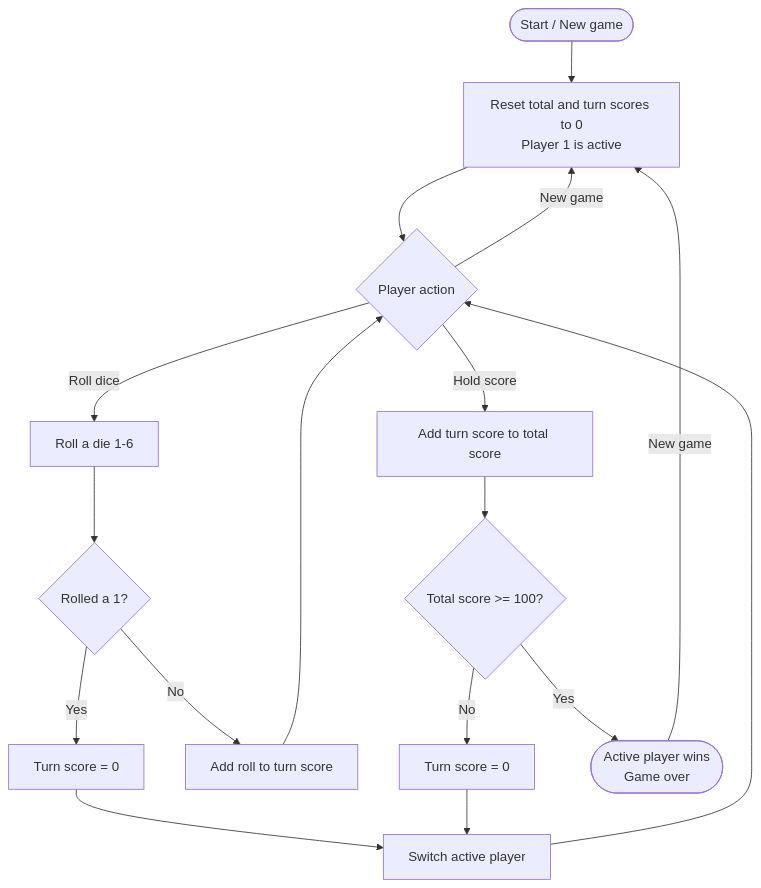
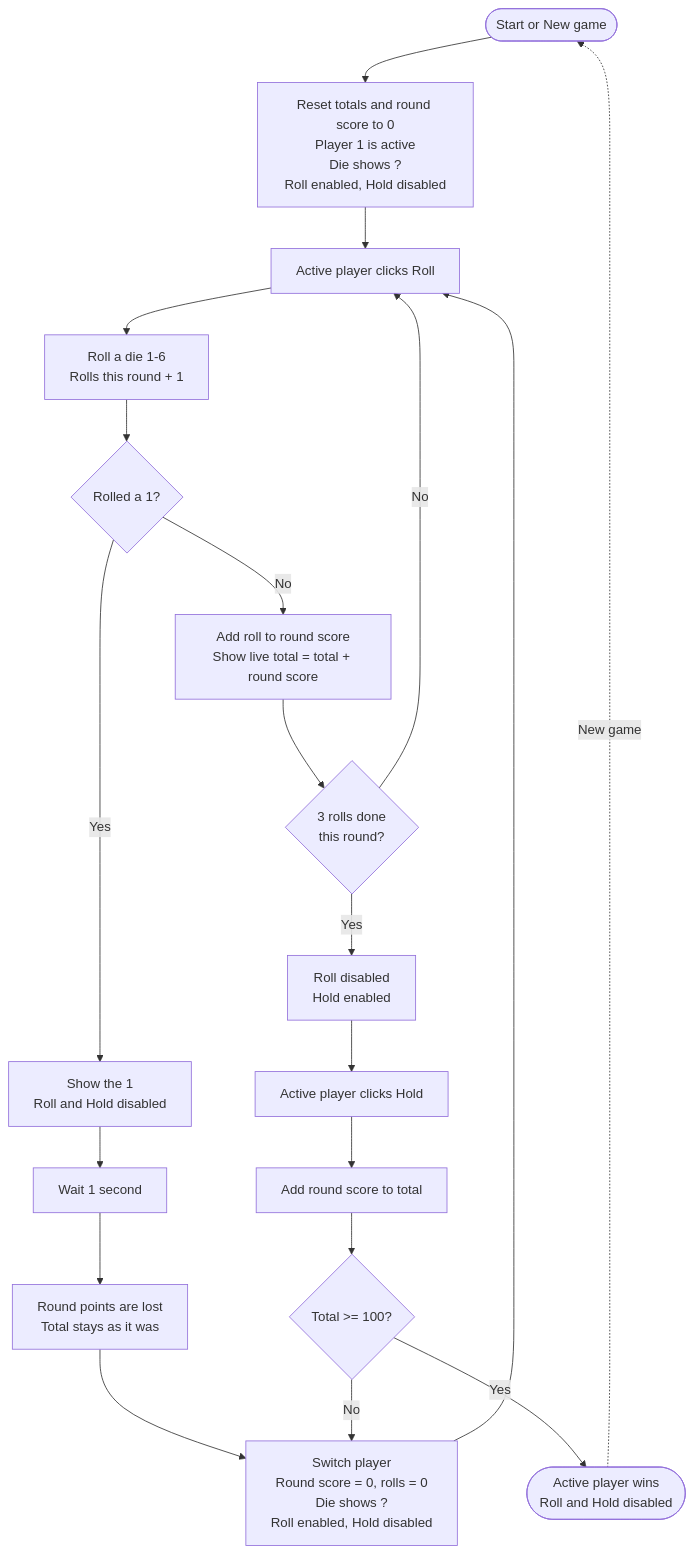
Before and after one commit to yuliia-pylaieva/pig-game: the diagram in flowchart.md, drawn with Mermaid. The commit also changed other lines of this file and 3 other files, not shown here.

First line of the commit message:
Add game logic, README and updated flowchart

````diff
--- a/flowchart.md
+++ b/flowchart.md
@@ -3,19 +3,26 @@
 ```mermaid
 flowchart TD
-    A([Start / New game]) --> B[Reset total and turn scores to 0<br/>Player 1 is active]
-    B --> C{Player action}
-    C -->|Roll dice| D[Roll a die 1-6]
-    D --> E{Rolled a 1?}
-    E -->|Yes| F[Turn score = 0]
-    F --> G[Switch active player]
-    G --> C
-    E -->|No| H[Add roll to turn score]
-    H --> C
-    C -->|Hold score| I[Add turn score to total score]
-    I --> J{Total score >= 100?}
-    J -->|No| K[Turn score = 0]
-    K --> G
-    J -->|Yes| L([Active player wins<br/>Game over])
-    L -->|New game| B
-    C -->|New game| B
+    A([Start or New game]) --> B["Reset totals and round score to 0<br/>Player 1 is active<br/>Die shows ?<br/>Roll enabled, Hold disabled"]
+    B --> C["Active player clicks Roll"]
+    C --> D["Roll a die 1-6<br/>Rolls this round + 1"]
+    D --> E{"Rolled a 1?"}
+
+    E -->|Yes| F["Show the 1<br/>Roll and Hold disabled"]
+    F --> G["Wait 1 second"]
+    G --> H["Round points are lost<br/>Total stays as it was"]
+    H --> S
+
+    E -->|No| I["Add roll to round score<br/>Show live total = total + round score"]
+    I --> J{"3 rolls done<br/>this round?"}
+    J -->|No| C
+    J -->|Yes| K["Roll disabled<br/>Hold enabled"]
+    K --> L["Active player clicks Hold"]
+    L --> M["Add round score to total"]
+    M --> N{"Total >= 100?"}
+    N -->|No| S
+    N -->|Yes| O(["Active player wins<br/>Roll and Hold disabled"])
+
+    S["Switch player<br/>Round score = 0, rolls = 0<br/>Die shows ?<br/>Roll enabled, Hold disabled"] --> C
+
+    O -. New game .-> A
 ```
````
